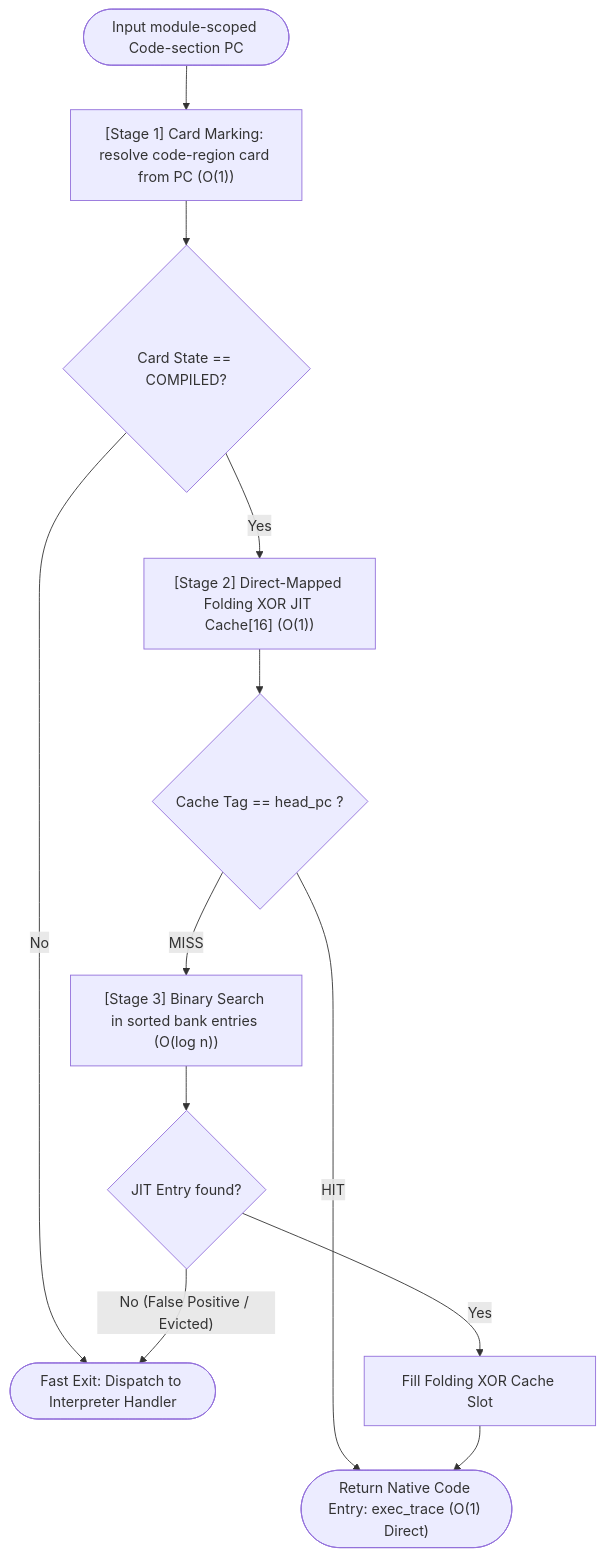
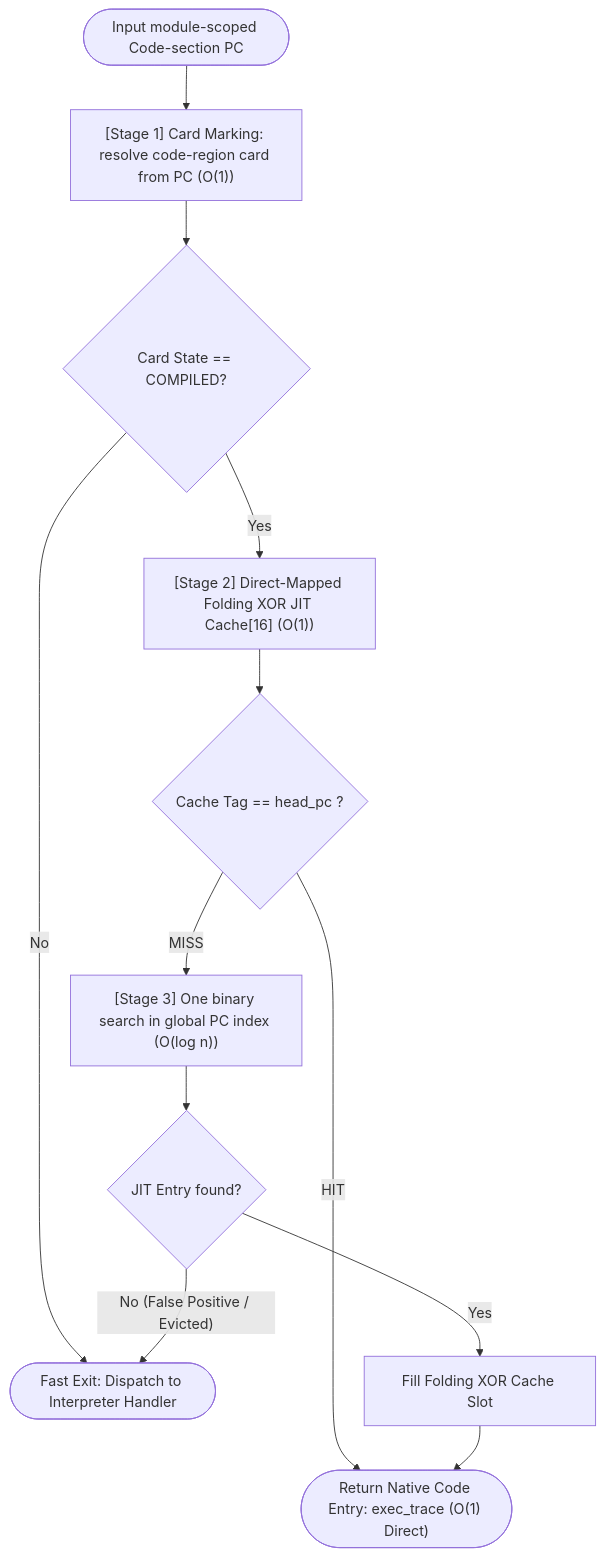
The third of 6 diagrams in docs/components/tier3_plugins/jit_runtime.md (kmt-t/fireball), drawn with Mermaid before and after one commit. The commit also changed other lines of this file and 84 other files, not shown here.

````diff
--- a/docs/components/tier3_plugins/jit_runtime.md
+++ b/docs/components/tier3_plugins/jit_runtime.md
@@ -241,17 +242,17 @@
 ```mermaid
 flowchart TD
     Start(["Input module-scoped Code-section PC"]) --> Stage1["[Stage 1] Card Marking: resolve code-region card from PC (O(1))"]
     Stage1 --> CheckCompiled{"Card State == COMPILED?"}
 
     CheckCompiled -- "No" --> ExitInterp(["Fast Exit: Dispatch to Interpreter Handler"])
     CheckCompiled -- "Yes" --> StageFast["[Stage 2] Direct-Mapped Folding XOR JIT Cache[16] (O(1))"]
 
     StageFast --> FastHit{"Cache Tag == head_pc ?"}
     FastHit -- "HIT" --> ReturnTrace(["Return Native Code Entry: exec_trace (O(1) Direct)"])
 
-    FastHit -- "MISS" --> StageBinary["[Stage 3] Binary Search in sorted bank entries (O(log n))"]
+    FastHit -- "MISS" --> StageBinary["[Stage 3] One binary search in global PC index (O(log n))"]
 
     StageBinary --> Hit{"JIT Entry found?"}
     Hit -- "Yes" --> FillSlot["Fill Folding XOR Cache Slot"] --> ReturnTrace
     Hit -- "No (False Positive / Evicted)" --> ExitInterp
 ```
````
